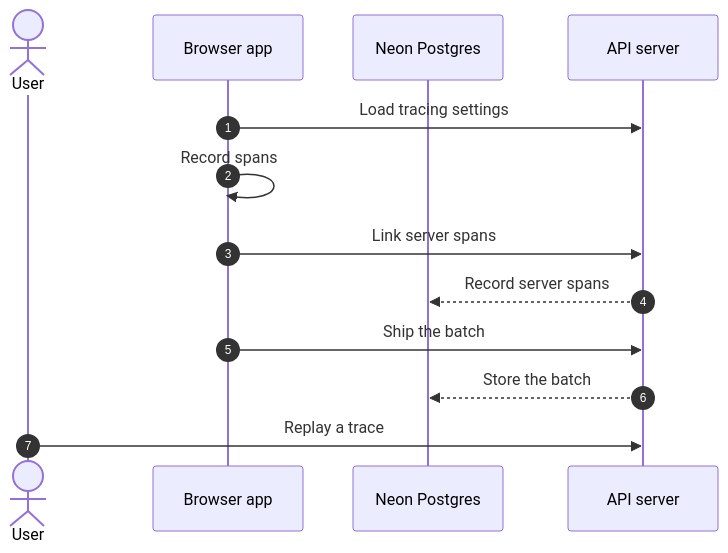
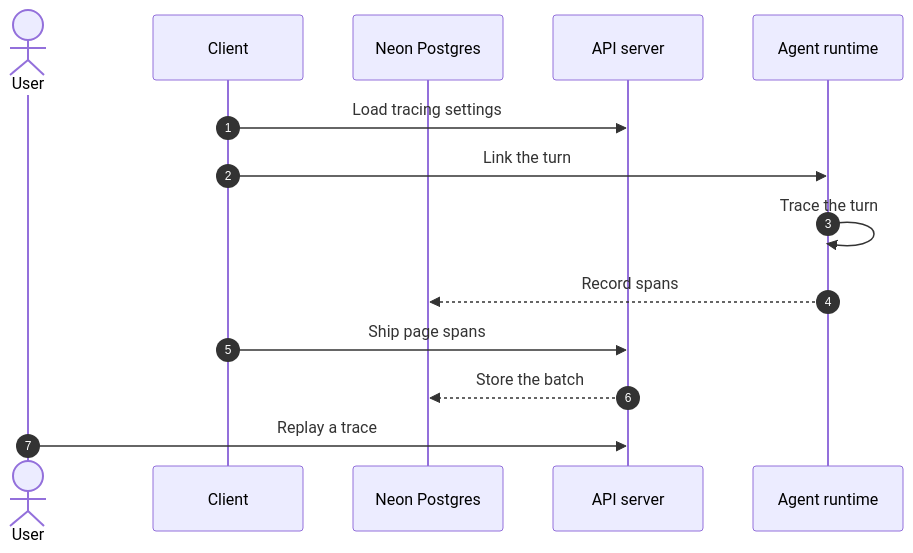
The diagram in docs/architecture/workflows/tracing.md (lngsa1234/mini-muse-mvp), drawn with Mermaid before and after one commit. The commit also changed other lines of this file and 23 other files, not shown here.

First line of the commit message:
Docs: specs, workflows and baseline for the server-side agent

````diff
--- a/docs/architecture/workflows/tracing.md
+++ b/docs/architecture/workflows/tracing.md
@@ -15,15 +15,16 @@
 ```mermaid
 sequenceDiagram
   autonumber
   actor user as User
-  participant client as Browser app
+  participant client as Client
   participant data as Neon Postgres
   participant server as API server
+  participant server1 as Agent runtime
   client->>server: Load tracing settings
-  client->>client: Record spans
-  client->>server: Link server spans
-  server-->>data: Record server spans
-  client->>server: Ship the batch
+  client->>server1: Link the turn
+  server1->>server1: Trace the turn
+  server1-->>data: Record spans
+  client->>server: Ship page spans
   server-->>data: Store the batch
   user->>server: Replay a trace
 ```
````
